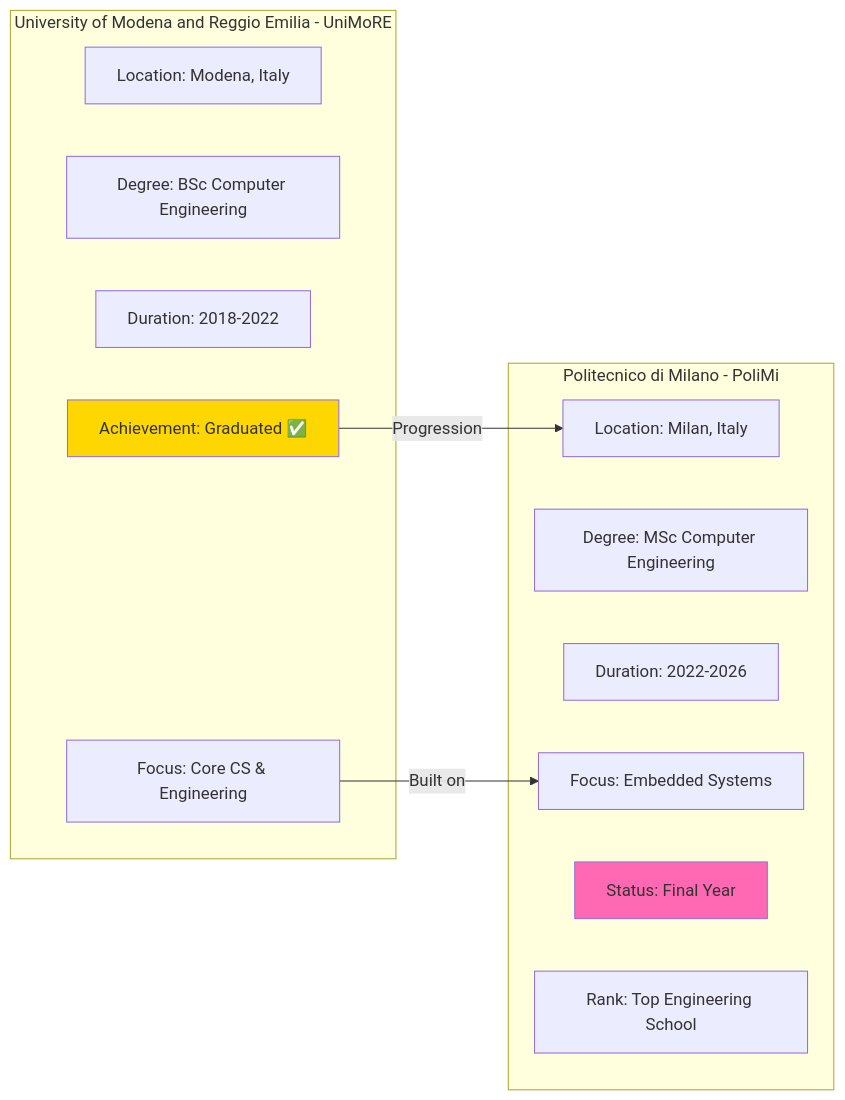
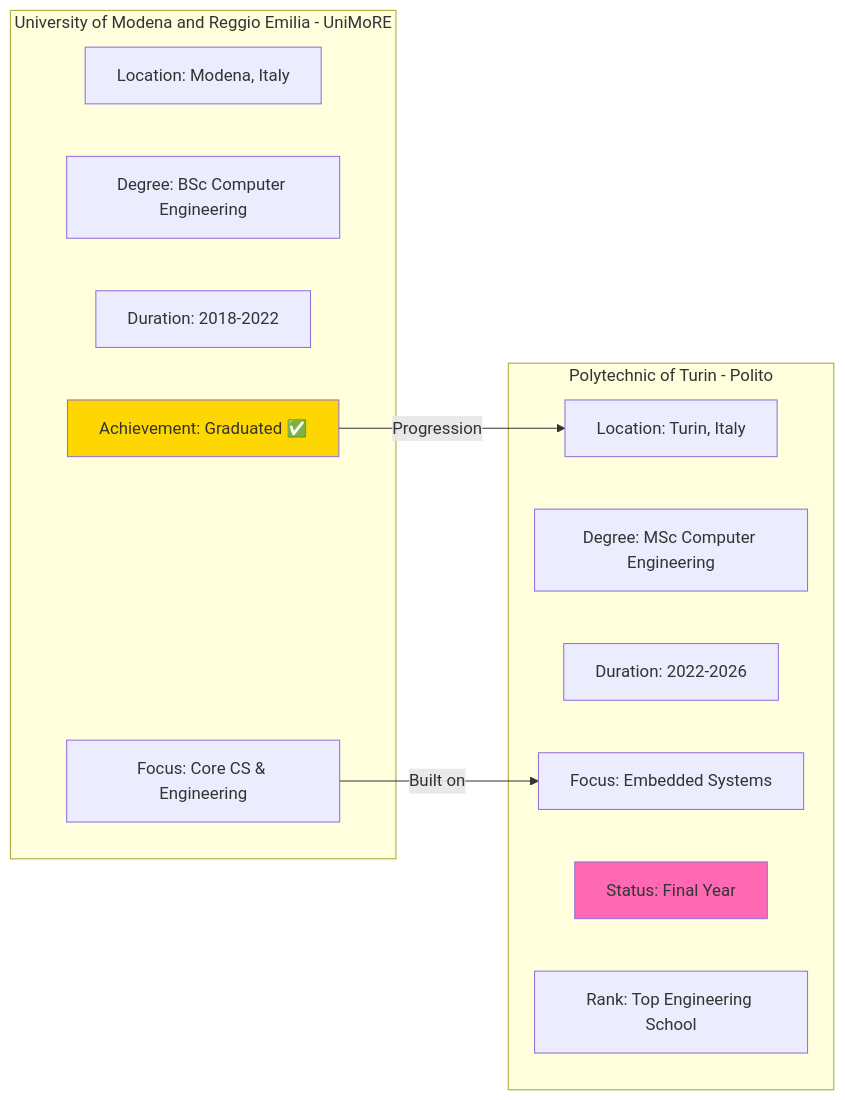
The third of 11 diagrams in diagrams/education-path.md (hamsta25/Himalaya), drawn with Mermaid before and after one commit. The commit also changed other lines of this file and 10 other files, not shown here.

Commit message:
Update university name to Polytechnic of Turin and correct professional roles

````diff
--- a/diagrams/education-path.md
+++ b/diagrams/education-path.md
@@ -126,25 +126,25 @@
 ```mermaid
 graph LR
     subgraph "University of Modena and Reggio Emilia - UniMoRE"
         U1[Location: Modena, Italy]
         U2[Degree: BSc Computer Engineering]
         U3[Duration: 2018-2022]
         U4[Focus: Core CS & Engineering]
         U5[Achievement: Graduated ✅]
     end
     
-    subgraph "Politecnico di Milano - PoliMi"
-        P1[Location: Milan, Italy]
+    subgraph "Polytechnic of Turin - Polito"
+        P1[Location: Turin, Italy]
         P2[Degree: MSc Computer Engineering]
         P3[Duration: 2022-2026]
         P4[Focus: Embedded Systems]
         P5[Status: Final Year]
         P6[Rank: Top Engineering School]
     end
     
     U5 -->|Progression| P1
     U4 -->|Built on| P4
     
     style U5 fill:#FFD700
     style P5 fill:#FF69B4
 ```
````
